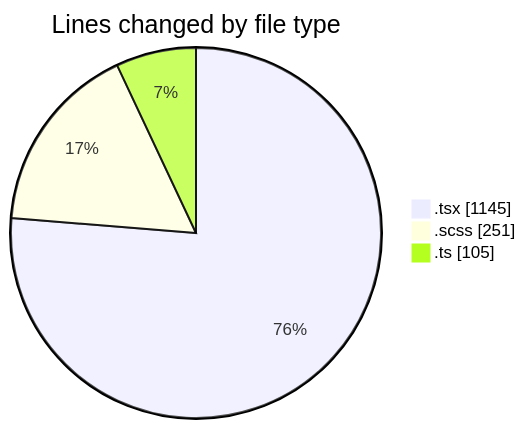
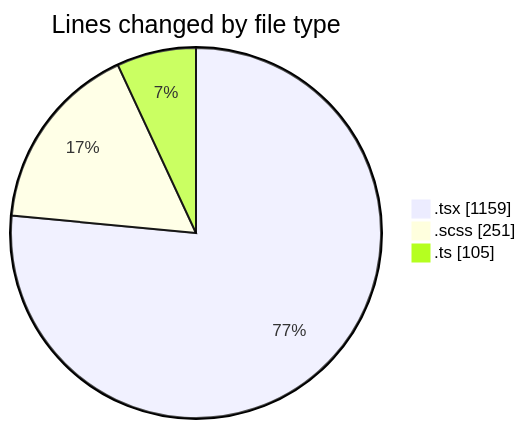
The first of 2 diagrams in 2026-11-06/cda/README.md (momahboobian/code-tracking), drawn with Mermaid before and after one commit. The commit also changed other lines of this file and 1 other file, not shown here.

````diff
--- a/2026-11-06/cda/README.md
+++ b/2026-11-06/cda/README.md
@@ -35,7 +35,7 @@
 ```mermaid
 pie showData
 title Lines changed by file type
-".tsx" : 1145
+".tsx" : 1159
 ".scss" : 251
 ".ts" : 105
 ```
````
